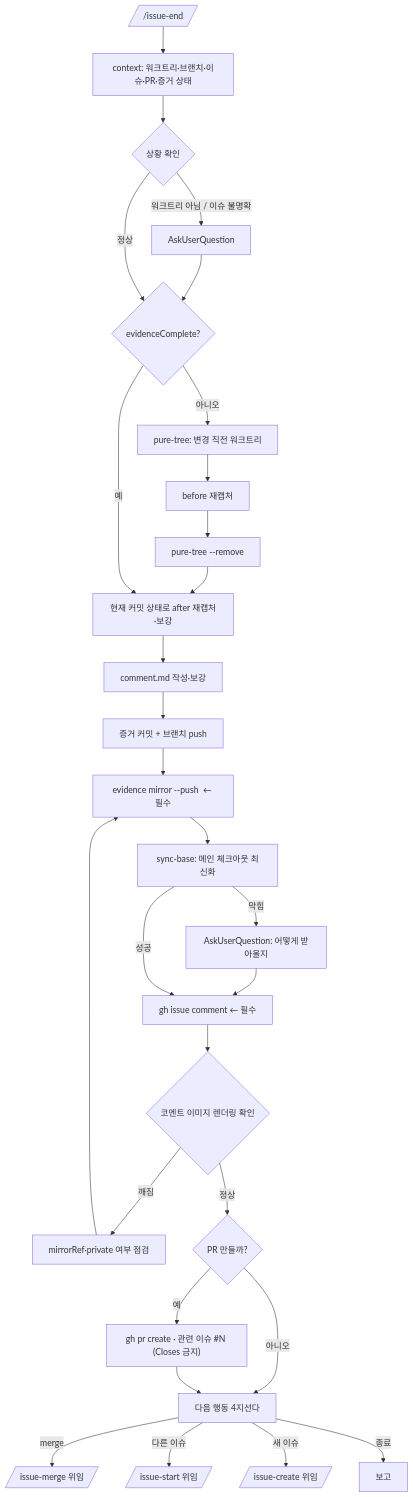
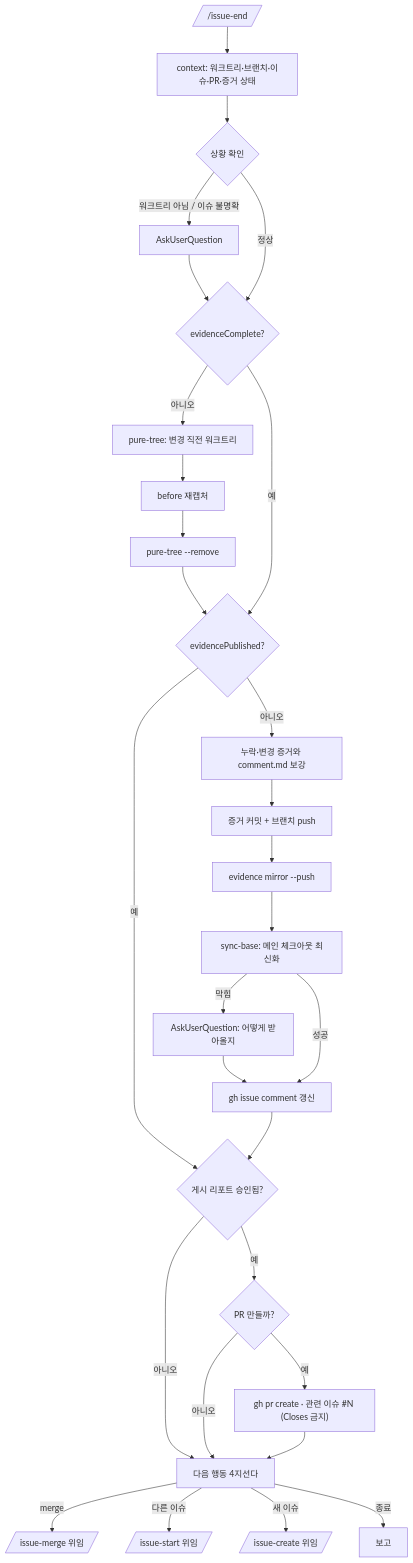
The diagram in .codex/skills/issue-end/SKILL.md (Mineru98/skills-store), drawn with Mermaid before and after one commit. The commit also changed other lines of this file and 17 other files, not shown here.

````diff
--- a/.codex/skills/issue-end/SKILL.md
+++ b/.codex/skills/issue-end/SKILL.md
@@ -138,28 +140,29 @@
 ```mermaid
 flowchart TD
     A[/"/issue-end"/] --> B[context: 워크트리·브랜치·이슈·PR·증거 상태]
     B --> C{상황 확인}
     C -- 워크트리 아님 / 이슈 불명확 --> C1[AskUserQuestion] --> D
     C -- 정상 --> D{evidenceComplete?}
 
     D -- 아니오 --> E1[pure-tree: 변경 직전 워크트리]
     E1 --> E2[before 재캡처] --> E3[pure-tree --remove] --> F
-    D -- 예 --> F[현재 커밋 상태로 after 재캡처·보강]
+    D -- 예 --> F{evidencePublished?}
 
-    F --> G[comment.md 작성·보강]
+    F -- 아니오 --> G[누락·변경 증거와 comment.md 보강]
     G --> H[증거 커밋 + 브랜치 push]
-    H --> I["evidence mirror --push  ← 필수"]
+    H --> I[evidence mirror --push]
     I --> I1[sync-base: 메인 체크아웃 최신화]
     I1 -- 막힘 --> I2[AskUserQuestion: 어떻게 받아올지] --> J
-    I1 -- 성공 --> J["gh issue comment  ← 필수"]
-    J --> K{코멘트 이미지 렌더링 확인}
-    K -- 깨짐 --> K1[mirrorRef·private 여부 점검] --> I
-    K -- 정상 --> L{PR 만들까?}
+    I1 -- 성공 --> J[gh issue comment 갱신]
+    F -- 예 --> K{게시 리포트 승인됨?}
+    J --> K
+    K -- 아니오 --> N
+    K -- 예 --> L{PR 만들까?}
     L -- 예 --> M["gh pr create · 관련 이슈 #N (Closes 금지)"]
     L -- 아니오 --> N
     M --> N[다음 행동 4지선다]
     N -->|merge| O[/issue-merge 위임/]
     N -->|다른 이슈| P[/issue-start 위임/]
     N -->|새 이슈| Q[/issue-create 위임/]
     N -->|종료| R[보고]
 ```
````
